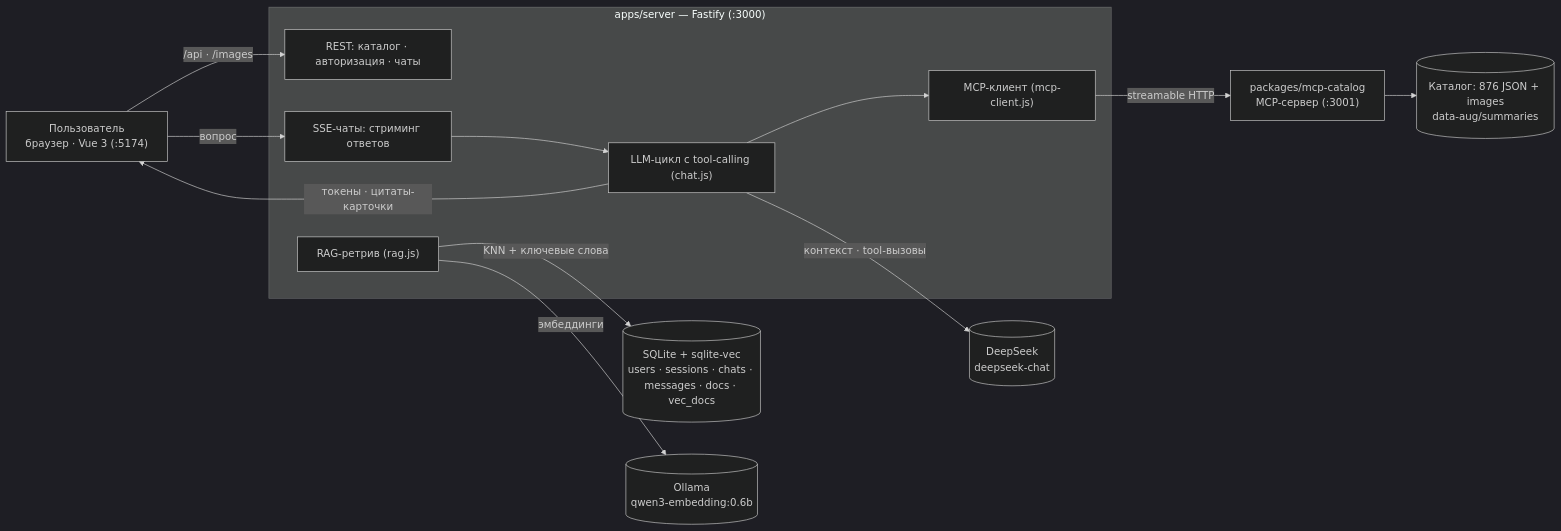
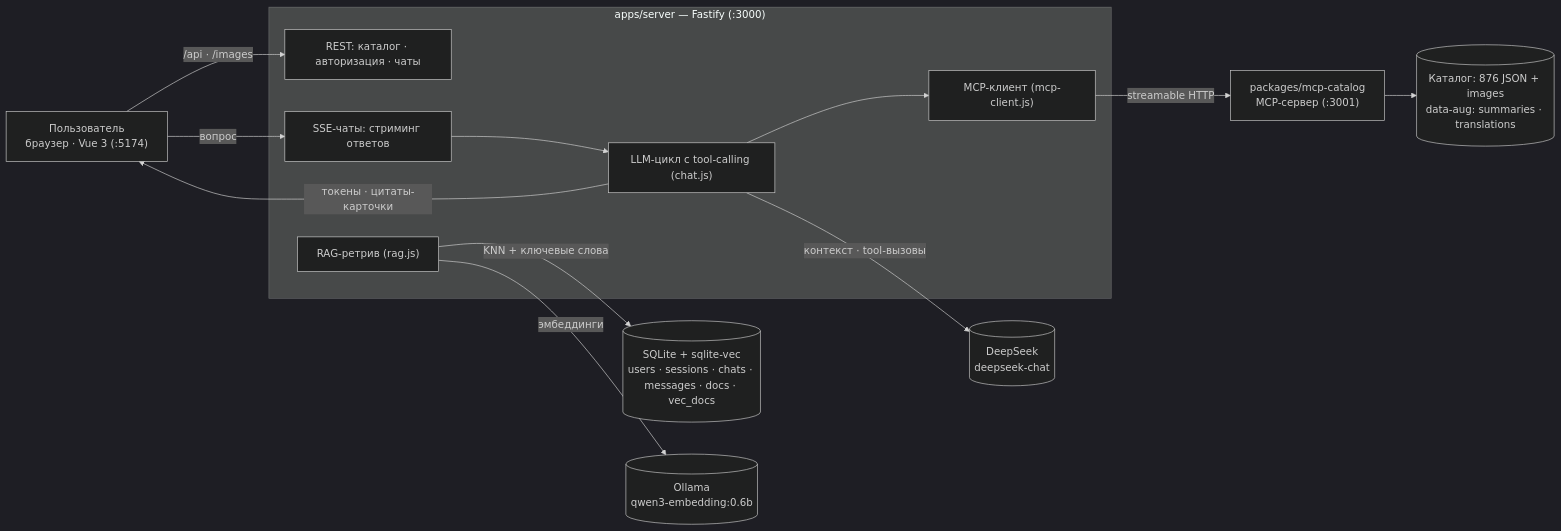
Before and after one commit to vitchuk/gPower: the diagram in docs/architecture.md, drawn with Mermaid (dark theme). The commit also changed other lines of this file and 898 other files, not shown here.

````diff
--- a/docs/architecture.md
+++ b/docs/architecture.md
@@ -7,29 +7,29 @@
 ```mermaid
 flowchart LR
     U["Пользователь<br/>браузер · Vue 3 (:5174)"]
 
     subgraph APP["apps/server — Fastify (:3000)"]
         API["REST: каталог · авторизация · чаты"]
         SSE["SSE-чаты: стриминг ответов"]
         RAG["RAG-ретрив (rag.js)"]
         LOOP["LLM-цикл с tool-calling (chat.js)"]
         MCPCLI["MCP-клиент (mcp-client.js)"]
     end
 
     DB[("SQLite + sqlite-vec<br/>users · sessions · chats · messages · docs · vec_docs")]
     O[("Ollama<br/>qwen3-embedding:0.6b")]
     D[("DeepSeek<br/>deepseek-chat")]
     M["packages/mcp-catalog<br/>MCP-сервер (:3001)"]
-    C[("Каталог: 876 JSON + images<br/>data-aug/summaries")]
+    C[("Каталог: 876 JSON + images<br/>data-aug: summaries · translations")]
 
     U -->|"/api · /images"| API
     U -->|"вопрос"| SSE
     SSE --> LOOP
     RAG -->|"эмбеддинги"| O
     RAG -->|"KNN + ключевые слова"| DB
     LOOP -->|"контекст · tool-вызовы"| D
     LOOP --> MCPCLI
     MCPCLI -->|"streamable HTTP"| M
     M --> C
     LOOP -->|"токены · цитаты-карточки"| U
 ```
````
